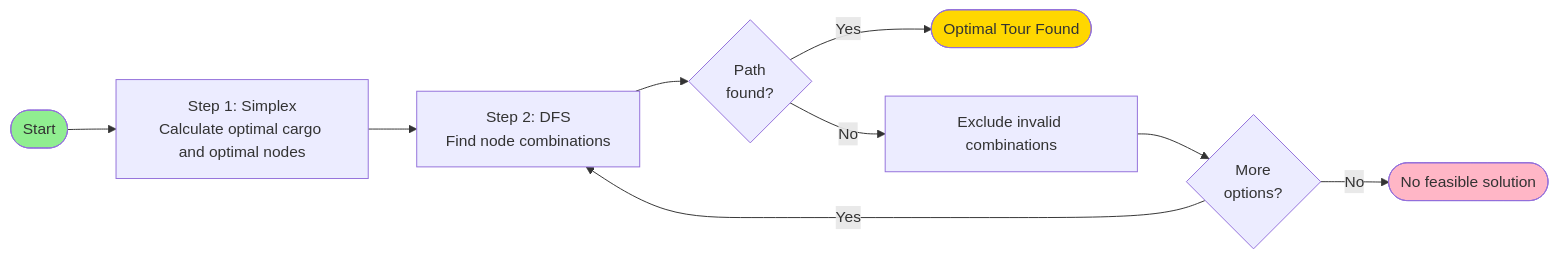
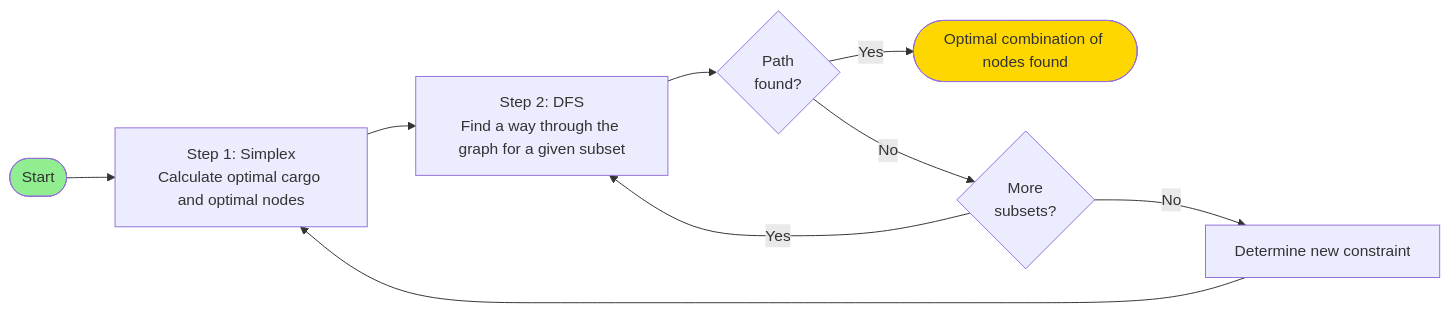
The diagram in slides.md (SimonLuttmann/odm_group11), drawn with Mermaid before and after one commit. The commit also changed other lines of this file and 1 other file, not shown here.

Commit message:
added flowChart and slide DFS

````diff
--- a/slides.md
+++ b/slides.md
@@ -45,15 +45,15 @@
 ```mermaid {scale: 0.6}
 flowchart LR
     Start([Start]) --> Step1[Step 1: Simplex<br/>Calculate optimal cargo and optimal nodes]
-    Step1 --> Step2[Step 2: DFS<br/>Find node combinations]
+    Step1 --> Step2[Step 2: DFS<br/>Find a way through the graph for a given subset]
     Step2 --> Check{Path<br/>found?}
-    Check -->|Yes| Success([Optimal Tour Found])
-    Check -->|No| Exclude[Exclude invalid combinations]
-    Exclude --> NextBest{More<br/>options?}
+    Check -->|Yes| Success([Optimal combination of nodes found])
+    Check -->|No| NextBest{More<br/>subsets?}
     NextBest -->|Yes| Step2
-    NextBest -->|No| NoSolution([No feasible solution])
+    NextBest -->|No| NewCon[Determine new constraint]
+    NewCon --> Step1
+    Step1
 
     style Start fill:#90EE90
     style Success fill:#FFD700
-    style NoSolution fill:#FFB6C6
 ```
````
